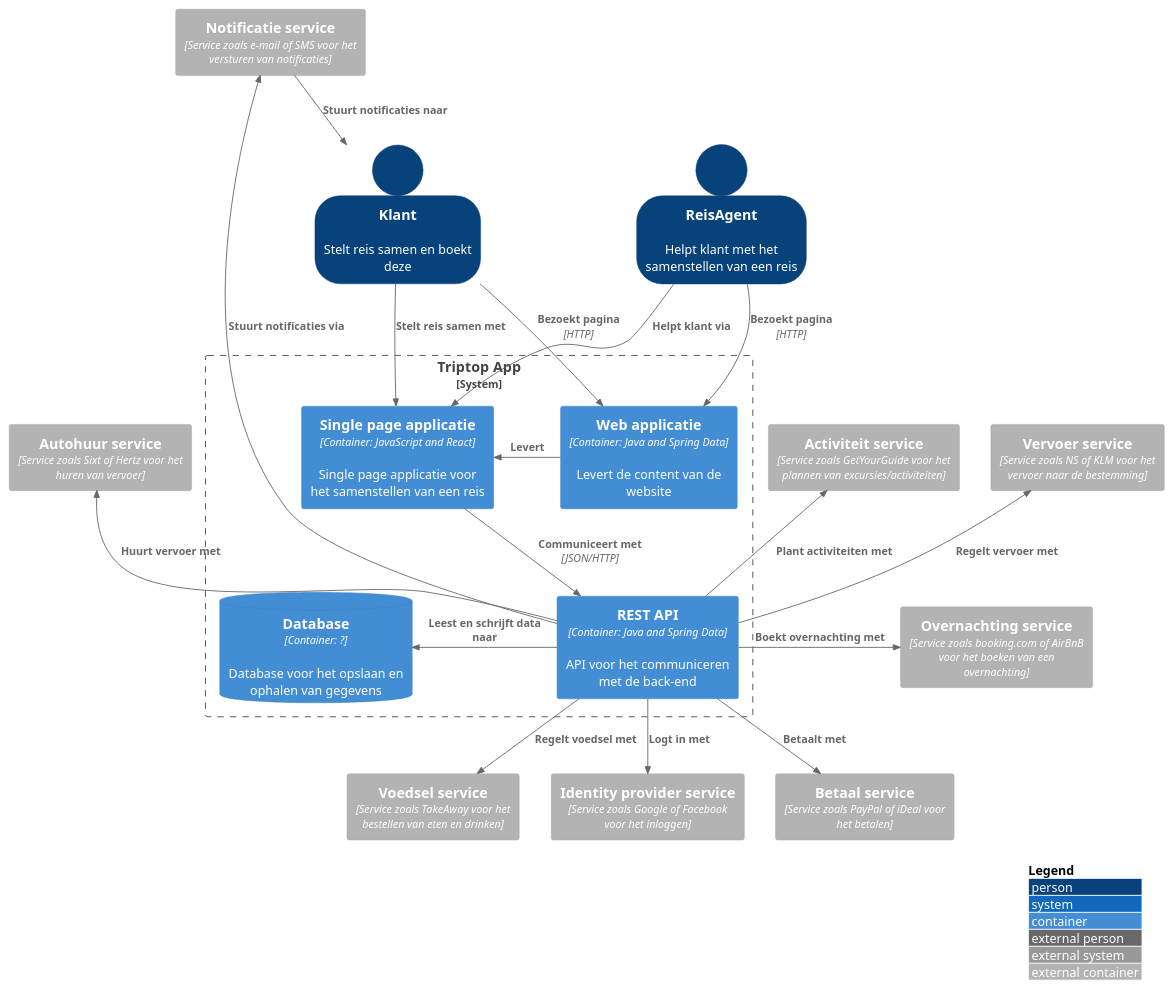
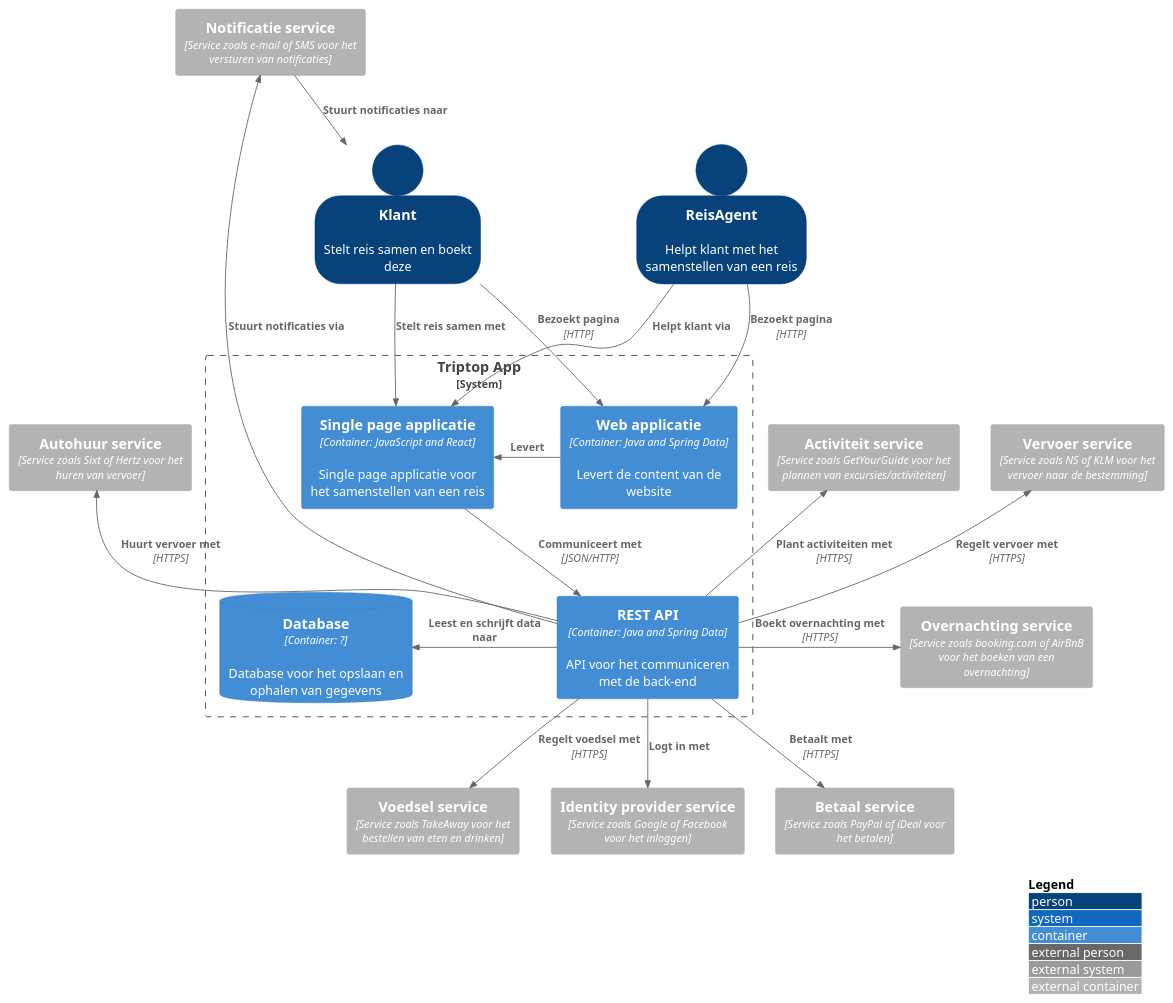
Before and after one commit to AIM-ENE-feb25/triptop-de-broederbond-fgs: the diagram in groeps-uitwerkingen/week1/diagrammen/container/container-diagram.puml, drawn with PlantUML.

Commit message:
Container technische details toegevoegd (draft)

```diff
--- a/groeps-uitwerkingen/week1/diagrammen/container/container-diagram.puml
+++ b/groeps-uitwerkingen/week1/diagrammen/container/container-diagram.puml
@@ -1,51 +1,51 @@
 @startuml
 
 !include https://raw.githubusercontent.com/plantuml-stdlib/C4-PlantUML/master/C4_Container.puml
 
 SHOW_PERSON_OUTLINE()
 LAYOUT_WITH_LEGEND()
 
 Person(klant, "Klant", "Stelt reis samen en boekt deze")
 Person(reisAgent, "ReisAgent", "Helpt klant met het samenstellen van een reis")
 
 System_Boundary(tripTopApp, "Triptop App") {
 Container(webApp, "Web applicatie", "Container: Java and Spring Data", "Levert de content van de website")
 Container(singlePageApp, "Single page applicatie", "Container: JavaScript and React", "Single page applicatie voor het samenstellen van een reis")
 Container(restAPI, "REST API", "Container: Java and Spring Data", "API voor het communiceren met de back-end")
 ContainerDb(database, "Database", "Container: ?", "Database voor het opslaan en ophalen van gegevens")
 }
 
 Container_Ext(overnachtingService, "Overnachting service", "Service zoals booking.com of AirBnB voor het boeken van een overnachting")
 Container_Ext(vervoerService, "Vervoer service", "Service zoals NS of KLM voor het vervoer naar de bestemming")
 Container_Ext(activiteitService, "Activiteit service", "Service zoals GetYourGuide voor het plannen van excursies/activiteiten")
 Container_Ext(autohuurService, "Autohuur service", "Service zoals Sixt of Hertz voor het huren van vervoer")
 Container_Ext(voedselService, "Voedsel service", "Service zoals TakeAway voor het bestellen van eten en drinken")
 Container_Ext(identityProviderService, "Identity provider service", "Service zoals Google of Facebook voor het inloggen")
 Container_Ext(paymentService, "Betaal service", "Service zoals PayPal of iDeal voor het betalen")
 Container_Ext(noticationService, "Notificatie service", "Service zoals e-mail of SMS voor het versturen van notificaties")
 Container_Ext(identityProviderService, "Identity provider service", "Service zoals Google of Facebook voor het inloggen")
 
 ' Klant relaties
 Rel(klant, webApp, "Bezoekt pagina", "HTTP")
 Rel(klant, singlePageApp, "Stelt reis samen met")
 Rel(noticationService, klant, "Stuurt notificaties naar")
 
 ' ReisAgent relaties
 Rel(reisAgent, webApp, "Bezoekt pagina", "HTTP")
 Rel(reisAgent, singlePageApp, "Helpt klant via")
 
 ' Triptop relaties
 Rel_R(webApp, singlePageApp, "Levert")
 Rel(singlePageApp, restAPI, "Communiceert met", "JSON/HTTP")
 Rel_L(restAPI, database, "Leest en schrijft data naar")
 
 'API relaties
-Rel_R(restAPI, overnachtingService, "Boekt overnachting met")
-Rel_U(restAPI, vervoerService, "Regelt vervoer met")
-Rel_U(restAPI, activiteitService, "Plant activiteiten met")
-Rel_U(restAPI, autohuurService, "Huurt vervoer met")
-Rel(restAPI, voedselService, "Regelt voedsel met")
+Rel_R(restAPI, overnachtingService, "Boekt overnachting met", "HTTPS")
+Rel_U(restAPI, vervoerService, "Regelt vervoer met", "HTTPS")
+Rel_U(restAPI, activiteitService, "Plant activiteiten met", "HTTPS")
+Rel_U(restAPI, autohuurService, "Huurt vervoer met", "HTTPS")
+Rel(restAPI, voedselService, "Regelt voedsel met", "HTTPS")
 Rel(restAPI, identityProviderService, "Logt in met")
-Rel(restAPI, paymentService, "Betaalt met")
+Rel(restAPI, paymentService, "Betaalt met", "HTTPS")
 Rel(restAPI, noticationService, "Stuurt notificaties via")
 @enduml
```
